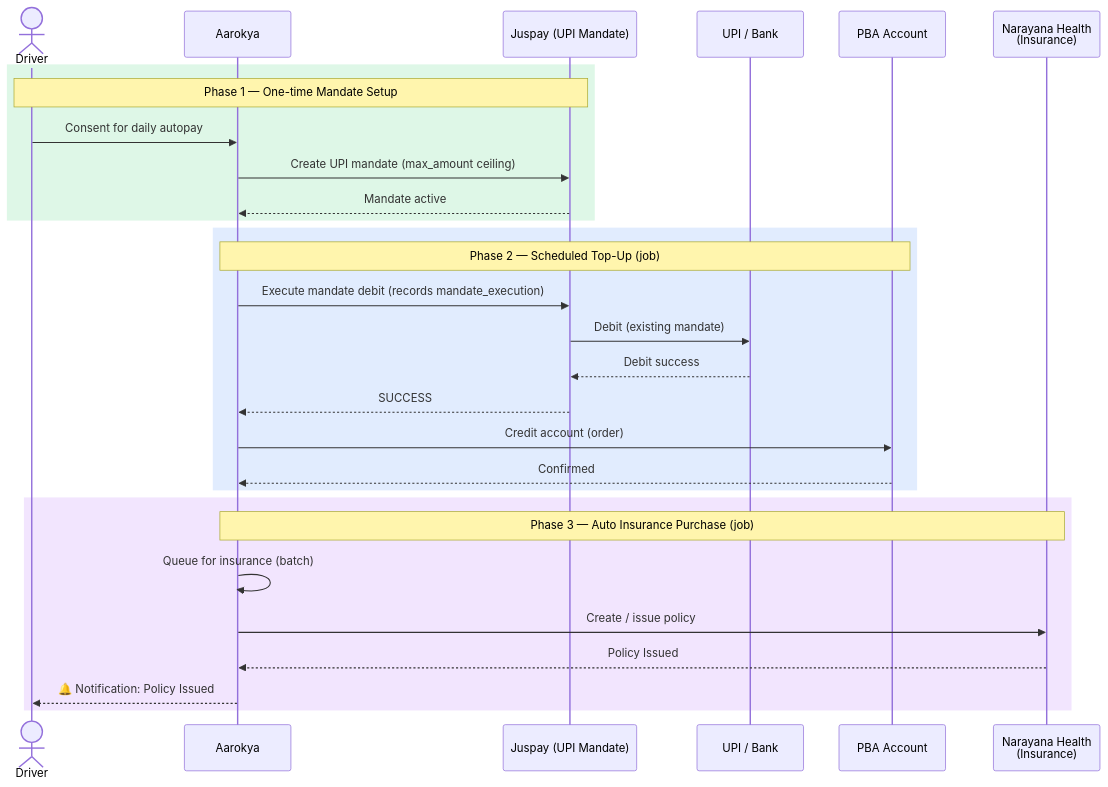
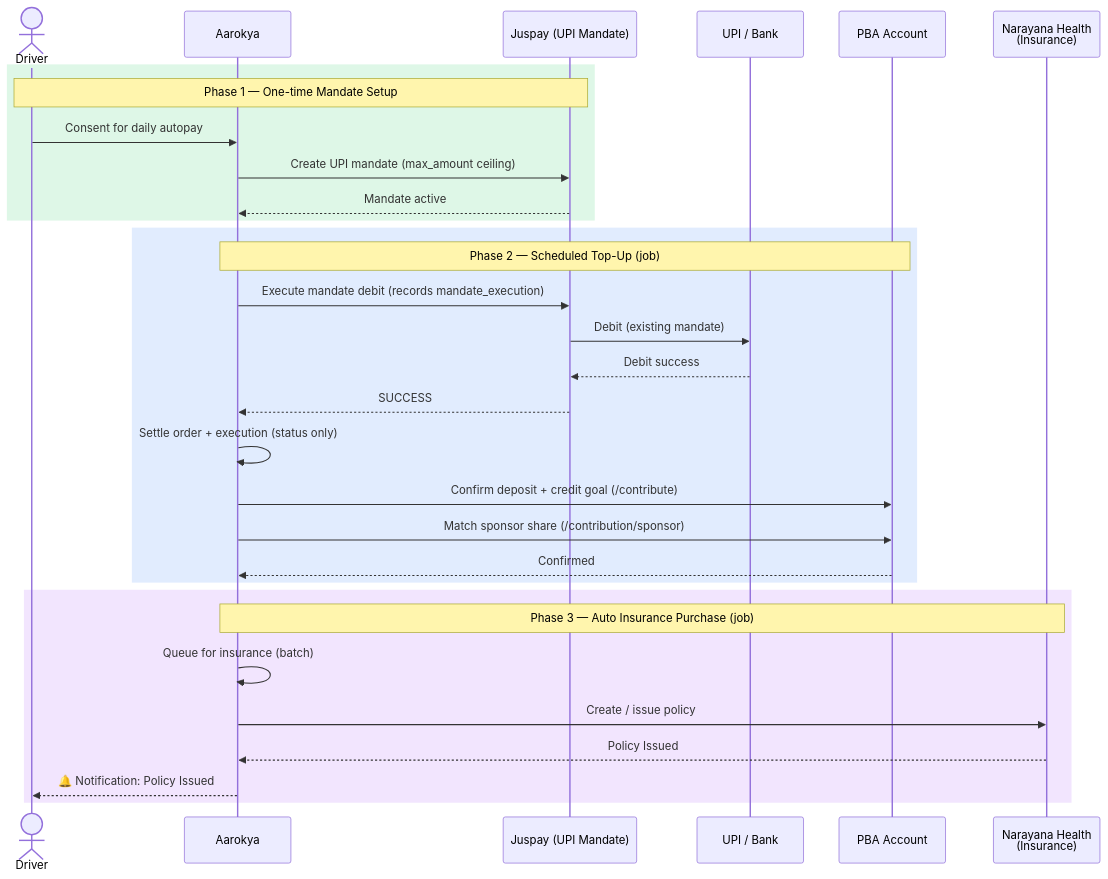
Before and after one commit to anu19981/aarokya-backend: the third of 4 diagrams in api-reference/architecture/system-overview.mdx, drawn with Mermaid. The commit also changed other lines of this file and 90 other files, not shown here.

````diff
--- a/api-reference/architecture/system-overview.mdx
+++ b/api-reference/architecture/system-overview.mdx
@@ -158,34 +165,36 @@
 ```mermaid
 sequenceDiagram
     actor U as Driver
     participant AK as Aarokya
     participant JP as Juspay (UPI Mandate)
     participant BANK as UPI / Bank
     participant PBA as PBA Account
     participant NH as Narayana Health<br/>(Insurance)
 
     rect rgba(34, 197, 94, 0.15)
         Note over U,JP: Phase 1 — One-time Mandate Setup
         U->>AK: Consent for daily autopay
         AK->>JP: Create UPI mandate (max_amount ceiling)
         JP-->>AK: Mandate active
     end
 
     rect rgba(59, 130, 246, 0.15)
         Note over AK,PBA: Phase 2 — Scheduled Top-Up (job)
         AK->>JP: Execute mandate debit (records mandate_execution)
         JP->>BANK: Debit (existing mandate)
         BANK-->>JP: Debit success
         JP-->>AK: SUCCESS
-        AK->>PBA: Credit account (order)
+        AK->>AK: Settle order + execution (status only)
+        AK->>PBA: Confirm deposit + credit goal (/contribute)
+        AK->>PBA: Match sponsor share (/contribution/sponsor)
         PBA-->>AK: Confirmed
     end
 
     rect rgba(168, 85, 247, 0.15)
         Note over AK,NH: Phase 3 — Auto Insurance Purchase (job)
         AK->>AK: Queue for insurance (batch)
         AK->>NH: Create / issue policy
         NH-->>AK: Policy Issued
         AK-->>U: 🔔 Notification: Policy Issued
     end
 ```
````
